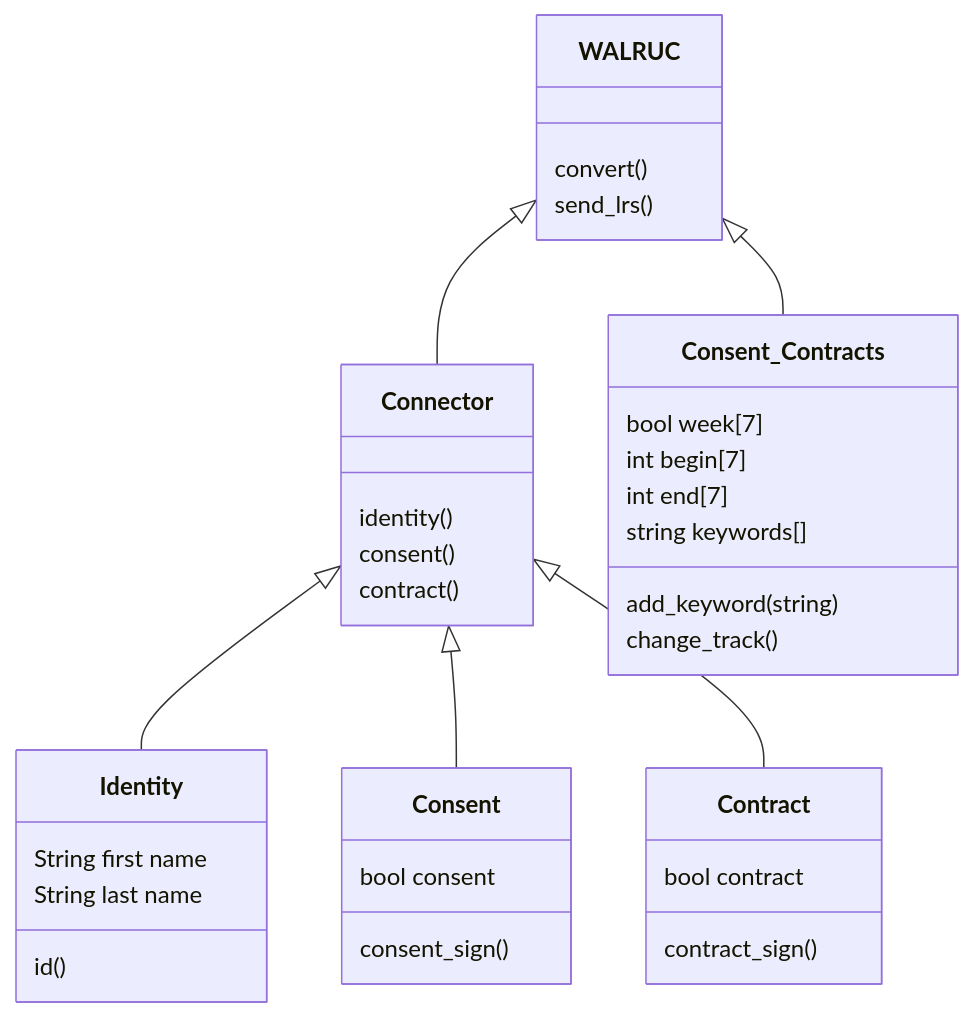
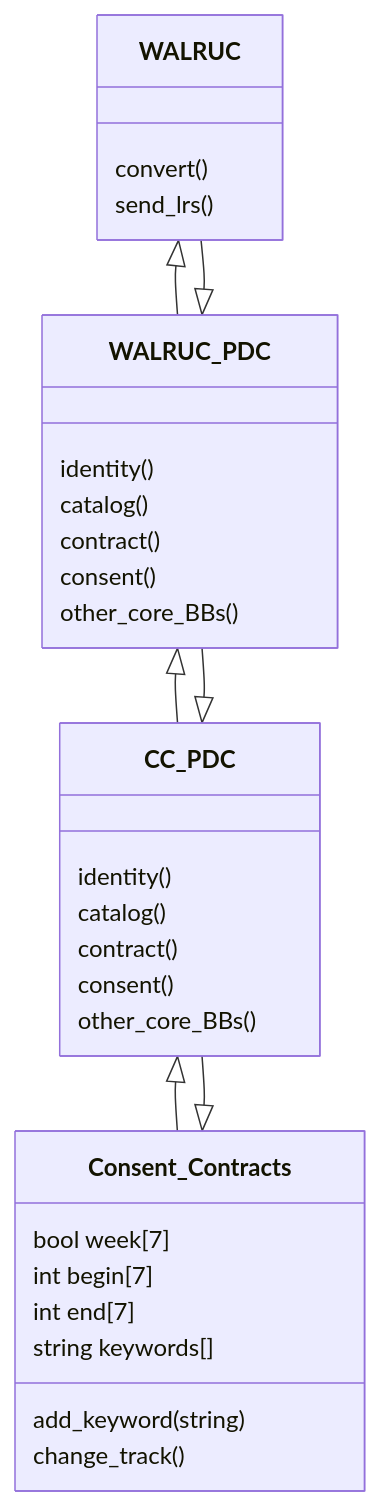
The third of 4 diagrams in readme.md (Prometheus-X-association/walruc), drawn with Mermaid before and after one commit. The commit also changed other lines of this file, not shown here.

````diff
--- a/readme.md
+++ b/readme.md
@@ -350,36 +322,33 @@
 ```mermaid
 classDiagram
-   WALRUC <|-- Connector
-   WALRUC <|-- Consent_Contracts
-   Connector <|-- Identity
-   Connector <|-- Consent
-   Connector <|-- Contract
+   WALRUC <|-- WALRUC_PDC
+   WALRUC_PDC <|-- WALRUC
+   WALRUC_PDC <|-- CC_PDC
+   CC_PDC <|-- WALRUC_PDC
+   CC_PDC <|-- Consent_Contracts
+   Consent_Contracts <|-- CC_PDC
    WALRUC: convert()
    WALRUC: send_lrs()
-   class Connector{
+   class WALRUC_PDC{
      identity()
+     catalog()
+     contract()
      consent()
+     other_core_BBs()
+   }
+   class CC_PDC{
+     identity()
+     catalog()
      contract()
-   }
-   class Consent{
-     bool consent
-     consent_sign()
-   }
-   class Identity{
-     String first name
-     String last name
-     id()
-   }
-   class Contract{
-     bool contract
-     contract_sign()
+     consent()
+     other_core_BBs()
    }
    class Consent_Contracts{
      bool week[7]
      int begin[7]
      int end[7]
      string keywords[]
      add_keyword(string)
      change_track()
    }
 ```
````
